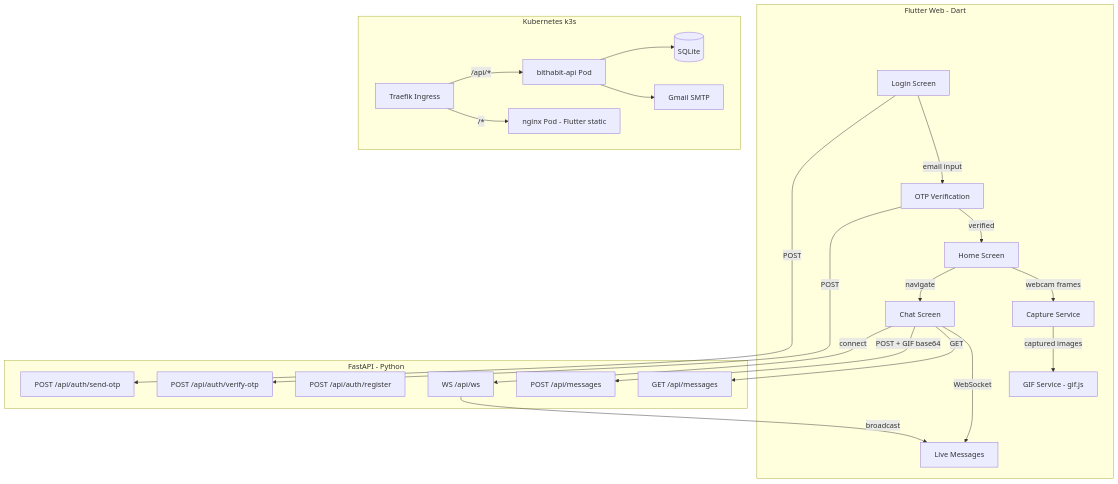
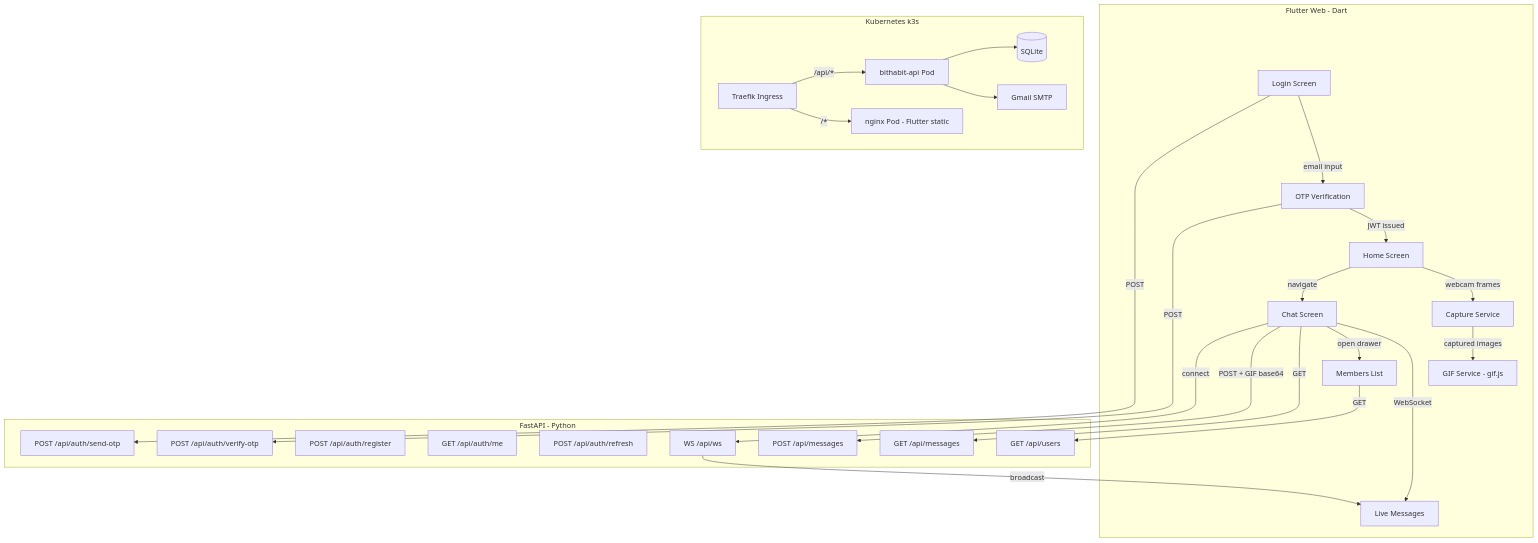
The first of 4 diagrams in README.md (bookseal/bithabit), drawn with Mermaid before and after one commit. The commit also changed other lines of this file and 3 other files, not shown here.

````diff
--- a/README.md
+++ b/README.md
@@ -26,34 +59,39 @@
 ```mermaid
 graph TB
     subgraph Client [Flutter Web - Dart]
         A[Login Screen] -->|email input| B[OTP Verification]
-        B -->|verified| C[Home Screen]
+        B -->|JWT issued| C[Home Screen]
         C -->|webcam frames| D[Capture Service]
         D -->|captured images| E[GIF Service - gif.js]
         C -->|navigate| F[Chat Screen]
         F -->|WebSocket| G[Live Messages]
+        F -->|open drawer| H[Members List]
     end
 
     subgraph Server [FastAPI - Python]
-        H[POST /api/auth/send-otp]
-        I[POST /api/auth/verify-otp]
-        J[POST /api/auth/register]
-        K[GET /api/messages]
-        L[POST /api/messages]
-        M[WS /api/ws]
+        I[POST /api/auth/send-otp]
+        J[POST /api/auth/verify-otp]
+        K[POST /api/auth/register]
+        L[GET /api/auth/me]
+        M[POST /api/auth/refresh]
+        N[GET /api/messages]
+        O[POST /api/messages]
+        P[GET /api/users]
+        Q[WS /api/ws]
     end
 
     subgraph Infra [Kubernetes k3s]
-        N[Traefik Ingress] -->|/api/*| O[bithabit-api Pod]
-        N -->|/*| P[nginx Pod - Flutter static]
-        O --> Q[(SQLite)]
-        O --> R[Gmail SMTP]
+        R[Traefik Ingress] -->|/api/*| S[bithabit-api Pod]
+        R -->|/*| T[nginx Pod - Flutter static]
+        S --> U[(SQLite)]
+        S --> V[Gmail SMTP]
     end
 
-    A -->|POST| H
-    B -->|POST| I
-    F -->|GET| K
-    F -->|POST + GIF base64| L
-    F -->|connect| M
-    M -->|broadcast| G
+    A -->|POST| I
+    B -->|POST| J
+    F -->|GET| N
+    F -->|POST + GIF base64| O
+    F -->|connect| Q
+    Q -->|broadcast| G
+    H -->|GET| P
 ```
````
